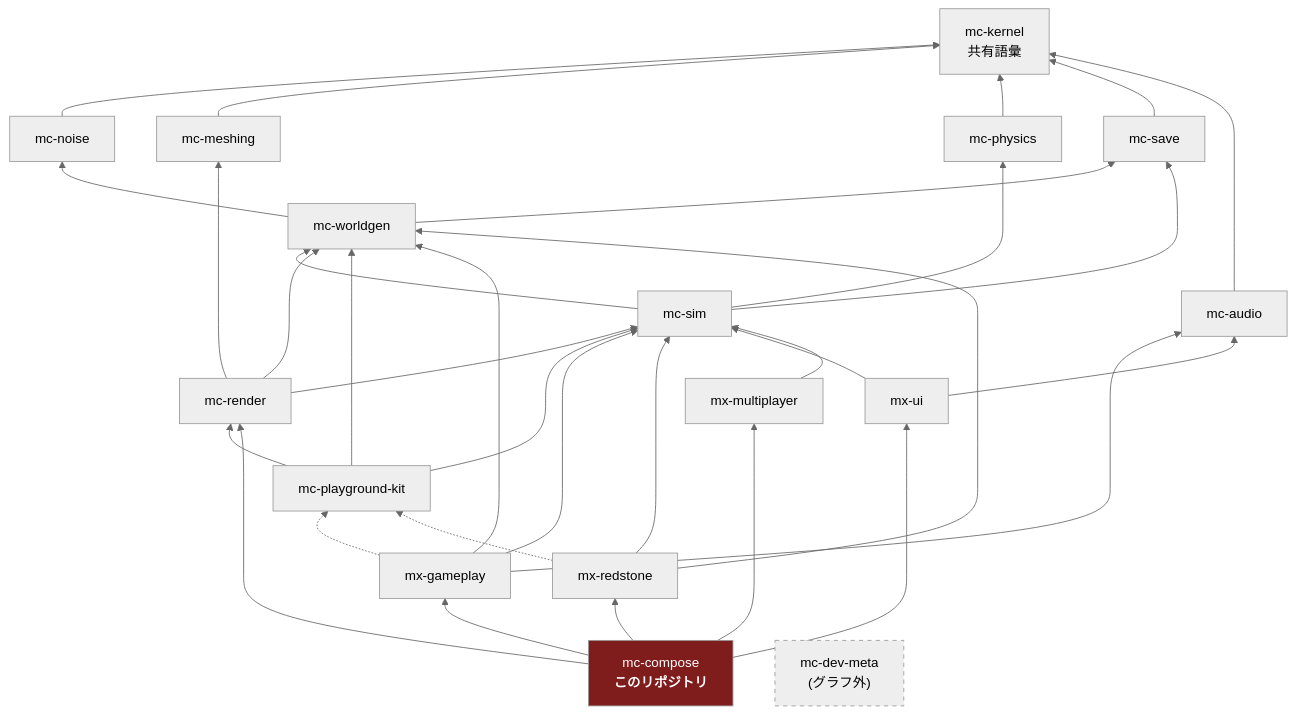
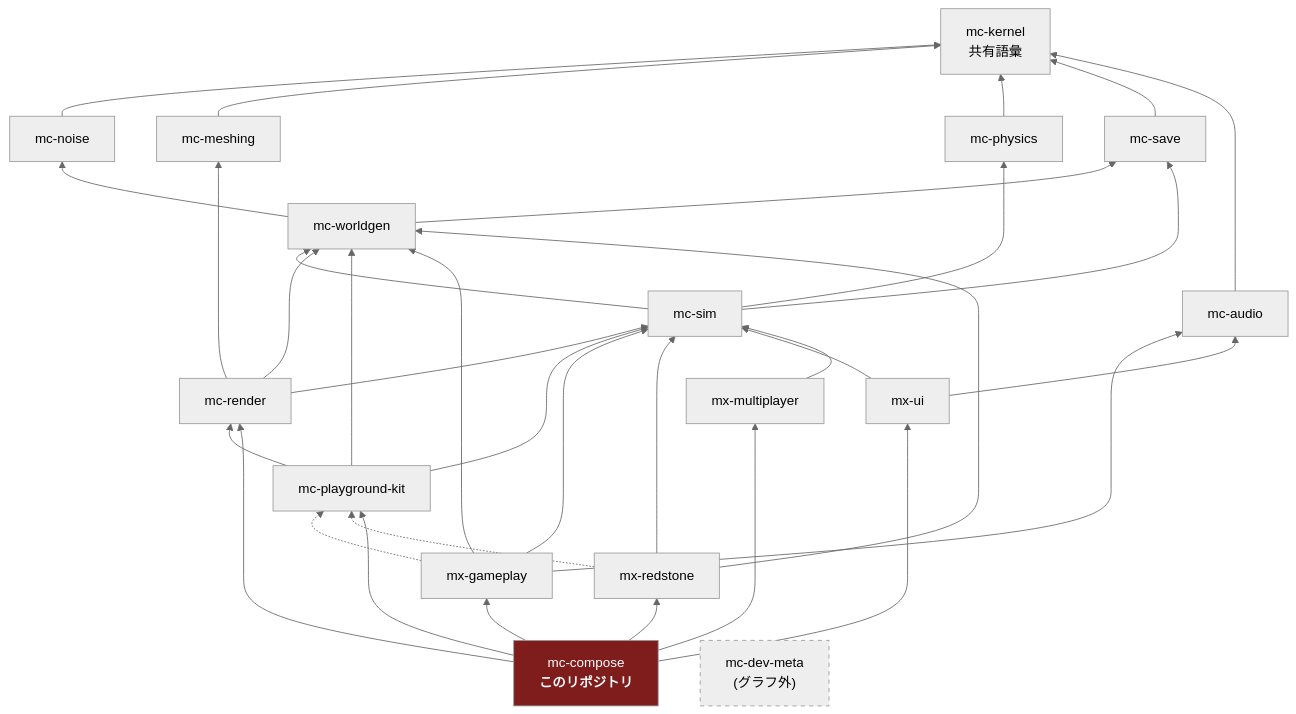
Before and after one commit to nerima-games/mc-compose: the diagram in docs/architecture.md, drawn with Mermaid (neutral theme). The commit also changed other lines of this file and 98 other files, not shown here.

````diff
--- a/docs/architecture.md
+++ b/docs/architecture.md
@@ -22,54 +24,55 @@
 ```mermaid
 graph BT
   kernel["mc-kernel<br/>共有語彙"]
   noise["mc-noise"]
   meshing["mc-meshing"]
   physics["mc-physics"]
   save["mc-save"]
   audio["mc-audio"]
   worldgen["mc-worldgen"]
   sim["mc-sim"]
   render["mc-render"]
   kit["mc-playground-kit"]
   gameplay["mx-gameplay"]
   redstone["mx-redstone"]
   ui["mx-ui"]
   multiplayer["mx-multiplayer"]
   compose["mc-compose<br/><b>このリポジトリ</b>"]
   devmeta["mc-dev-meta<br/>(グラフ外)"]
 
   noise --> kernel
   meshing --> kernel
   physics --> kernel
   save --> kernel
   audio --> kernel
   worldgen --> noise
   worldgen --> save
   sim --> physics
   sim --> save
   sim --> worldgen
   render --> meshing
   render --> sim
   render --> worldgen
   kit --> worldgen
   kit --> sim
   kit --> render
   gameplay --> sim
   gameplay --> worldgen
   gameplay --> audio
   gameplay -.-> kit
   redstone --> sim
   redstone --> worldgen
   redstone -.-> kit
   ui --> sim
   ui --> audio
   multiplayer --> sim
   compose --> gameplay
   compose --> redstone
   compose --> ui
   compose --> multiplayer
   compose --> render
+  compose --> kit
 
   style compose fill:#7f1d1d,color:#ffffff
   style devmeta stroke-dasharray: 5 5
 ```
````
